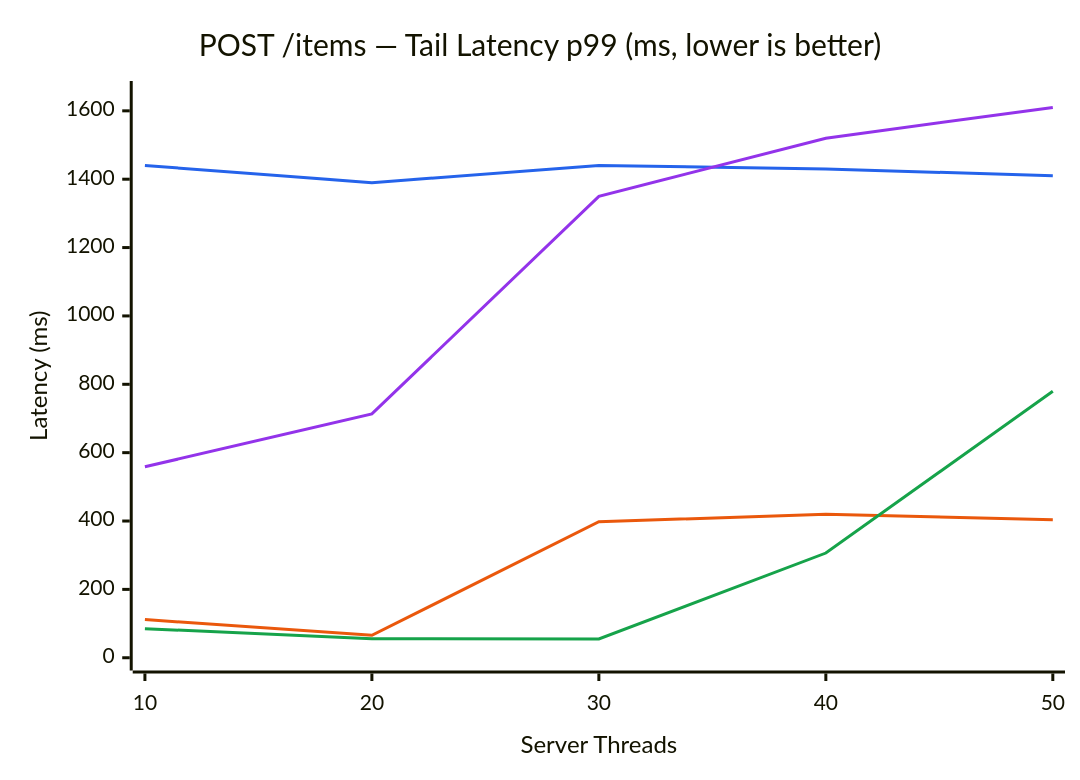
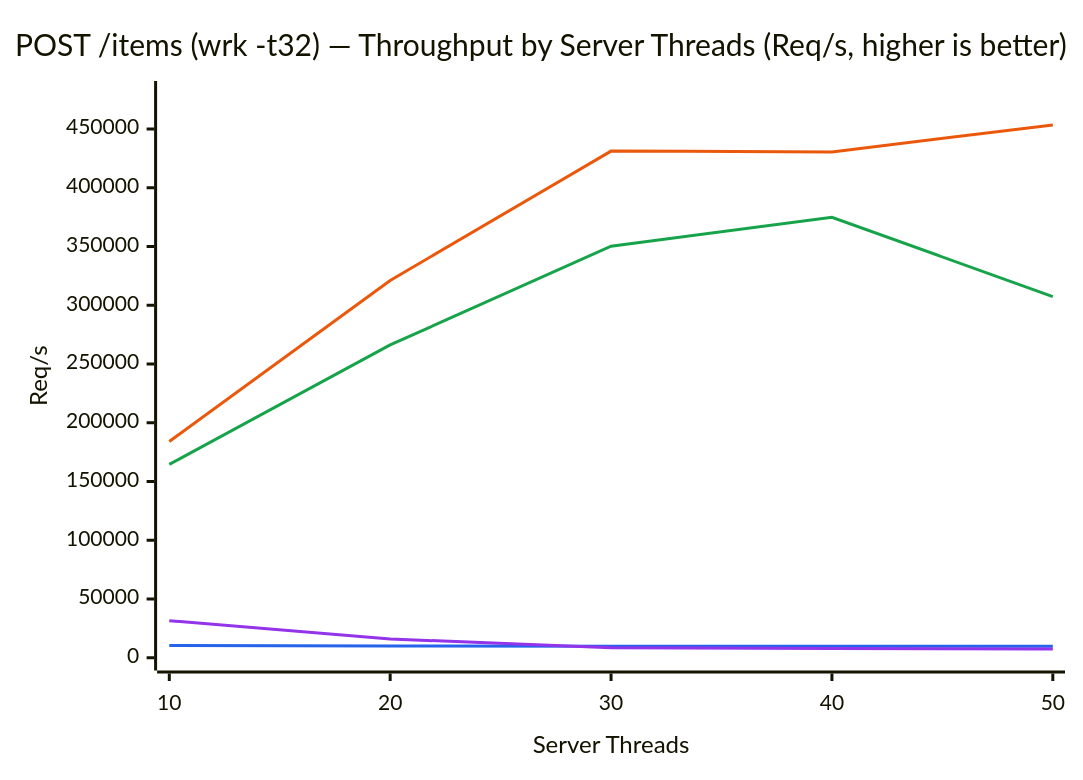
The third of 4 diagrams in README.md (erlpython/epython), drawn with Mermaid before and after one commit. The commit also changed other lines of this file, not shown here.

````diff
--- a/README.md
+++ b/README.md
@@ -53,16 +159,16 @@
 ```mermaid
 ---
 config:
   themeVariables:
     xyChart:
       plotColorPalette: "#ea580c, #16a34a, #2563eb, #9333ea"
 ---
 xychart-beta
-    title "POST /items — Tail Latency p99 (ms, lower is better)"
+    title "POST /items (wrk -t32) — Throughput by Server Threads (Req/s, higher is better)"
     x-axis "Server Threads" ["10", "20", "30", "40", "50"]
-    y-axis "Latency (ms)" 0 --> 1650
-    line [111.86, 65.75, 397.84, 419.68, 403.49]
-    line [85.20, 55.86, 54.78, 306.35, 779.68]
-    line [1440.00, 1390.00, 1440.00, 1430.00, 1410.00]
-    line [558.63, 713.43, 1350.00, 1520.00, 1610.00]
+    y-axis "Req/s" 0 --> 480000
+    line [184046, 321100, 431185, 430525, 453398]
+    line [164565, 266210, 350290, 374877, 307368]
+    line [10449, 9926, 9869, 9755, 9731]
+    line [31577, 15961, 8610, 7934, 7433]
 ```
````
